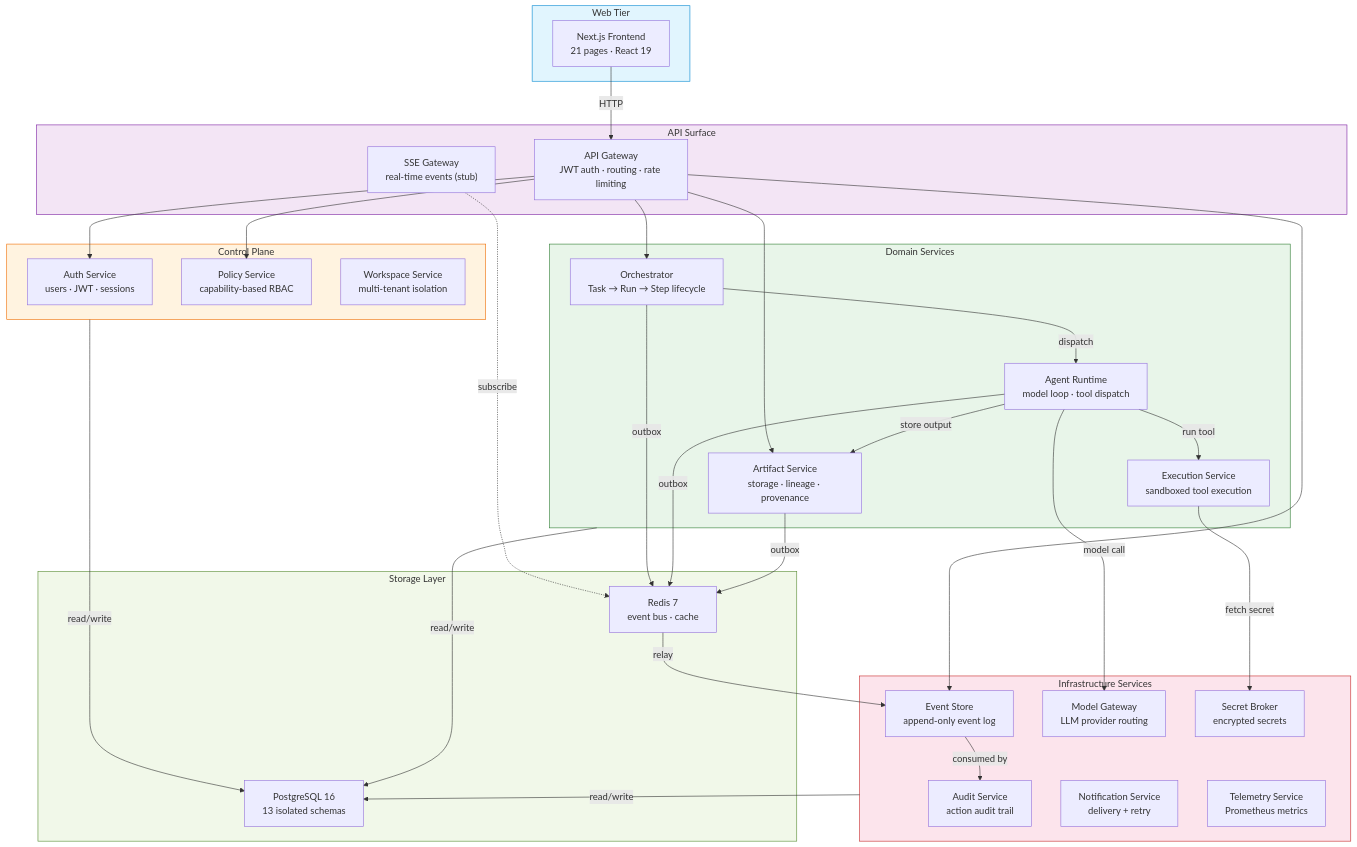
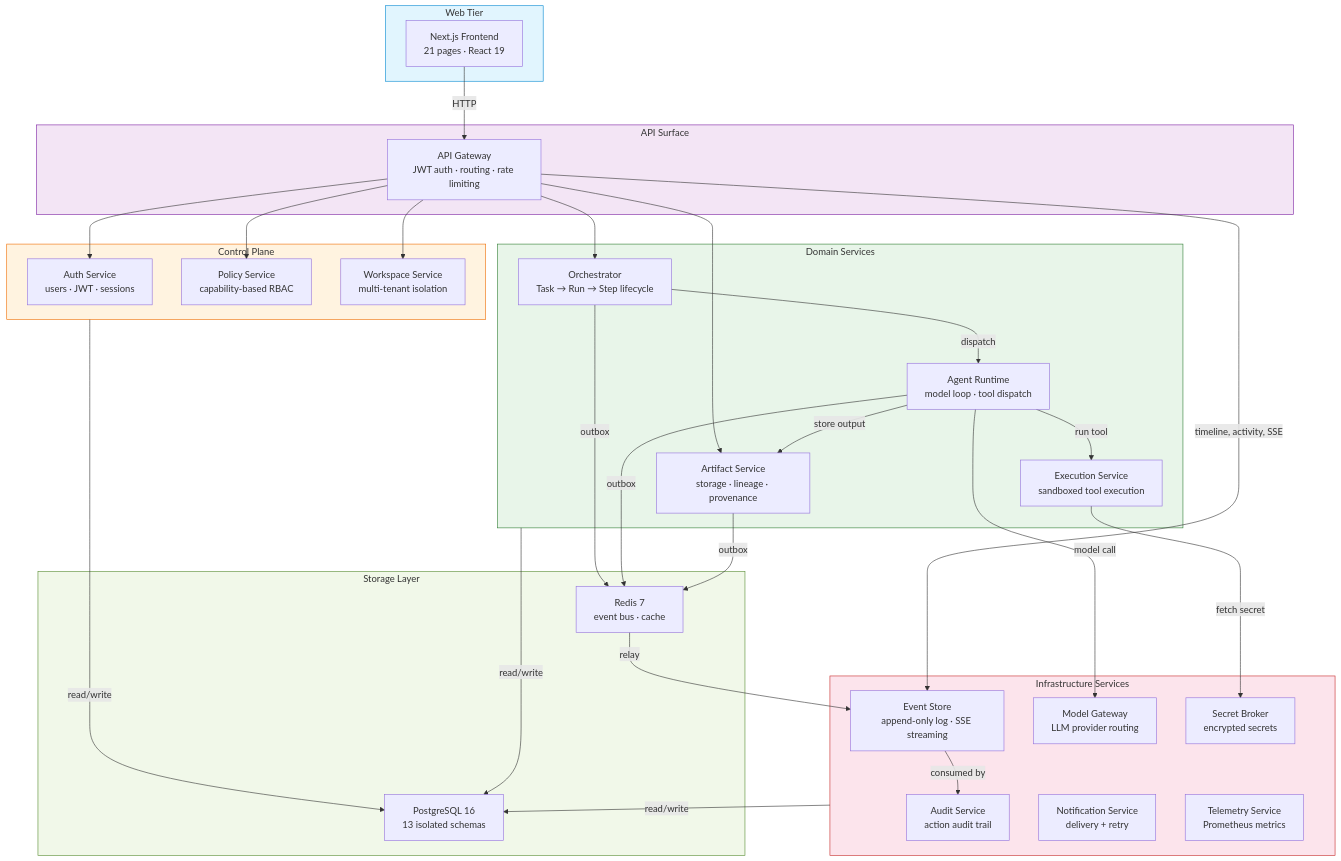
The diagram in docs/architecture-overview.md (Keviqai/keviq-core), drawn with Mermaid before and after one commit. The commit also changed other lines of this file, not shown here.

Commit message:
fix(docs): correct architecture diagram SSE and routing accuracy
- Remove sse-gateway from Mermaid diagram (stub with no real connections)
- Add missing API Gateway → Workspace Service connection
- Label Event Store as owning SSE streaming (matches actual routing)
- Add note clarifying sse-gateway stub status for contributors

````diff
--- a/docs/architecture-overview.md
+++ b/docs/architecture-overview.md
@@ -15,70 +15,68 @@
 ```mermaid
 graph TB
     subgraph Frontend["Web Tier"]
         WEB["Next.js Frontend<br/>21 pages · React 19"]
     end
 
     subgraph Gateway["API Surface"]
         APIGW["API Gateway<br/>JWT auth · routing · rate limiting"]
-        SSEGW["SSE Gateway<br/>real-time events (stub)"]
     end
 
     subgraph Control["Control Plane"]
         AUTH["Auth Service<br/>users · JWT · sessions"]
         POLICY["Policy Service<br/>capability-based RBAC"]
         WORKSPACE["Workspace Service<br/>multi-tenant isolation"]
     end
 
     subgraph Domain["Domain Services"]
         ORCH["Orchestrator<br/>Task → Run → Step lifecycle"]
         AGENT["Agent Runtime<br/>model loop · tool dispatch"]
         ARTIFACT["Artifact Service<br/>storage · lineage · provenance"]
         EXEC["Execution Service<br/>sandboxed tool execution"]
     end
 
     subgraph Infra["Infrastructure Services"]
-        EVENTSTORE["Event Store<br/>append-only event log"]
+        EVENTSTORE["Event Store<br/>append-only log · SSE streaming"]
         MODELGW["Model Gateway<br/>LLM provider routing"]
         AUDIT["Audit Service<br/>action audit trail"]
         NOTIF["Notification Service<br/>delivery + retry"]
         SECRET["Secret Broker<br/>encrypted secrets"]
         TELEMETRY["Telemetry Service<br/>Prometheus metrics"]
     end
 
     subgraph Storage["Storage Layer"]
         PG["PostgreSQL 16<br/>13 isolated schemas"]
         REDIS["Redis 7<br/>event bus · cache"]
     end
 
     WEB -->|HTTP| APIGW
     APIGW --> AUTH
     APIGW --> POLICY
     APIGW --> ORCH
     APIGW --> ARTIFACT
-    APIGW --> EVENTSTORE
-
-    SSEGW -.->|subscribe| REDIS
+    APIGW --> WORKSPACE
+    APIGW -->|timeline, activity, SSE| EVENTSTORE
 
     ORCH -->|dispatch| AGENT
     AGENT -->|model call| MODELGW
     AGENT -->|store output| ARTIFACT
     AGENT -->|run tool| EXEC
     EXEC -->|fetch secret| SECRET
 
     ORCH -->|outbox| REDIS
     AGENT -->|outbox| REDIS
     ARTIFACT -->|outbox| REDIS
     REDIS -->|relay| EVENTSTORE
     EVENTSTORE -->|consumed by| AUDIT
 
     Control -->|read/write| PG
     Domain -->|read/write| PG
     Infra -->|read/write| PG
 
     style Frontend fill:#e1f5fe,stroke:#0288d1
     style Gateway fill:#f3e5f5,stroke:#7b1fa2
     style Control fill:#fff3e0,stroke:#ef6c00
     style Domain fill:#e8f5e9,stroke:#2e7d32
     style Infra fill:#fce4ec,stroke:#c62828
     style Storage fill:#f1f8e9,stroke:#558b2f
 ```
````
